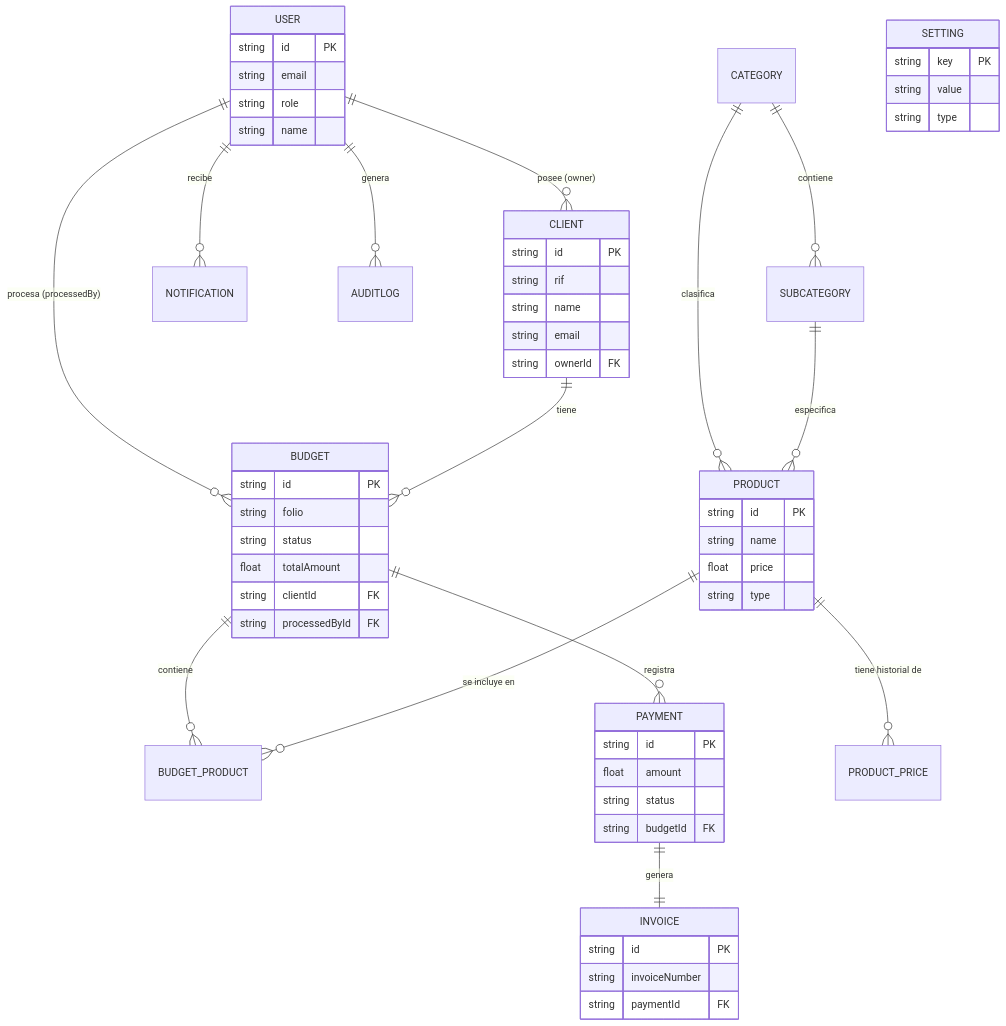
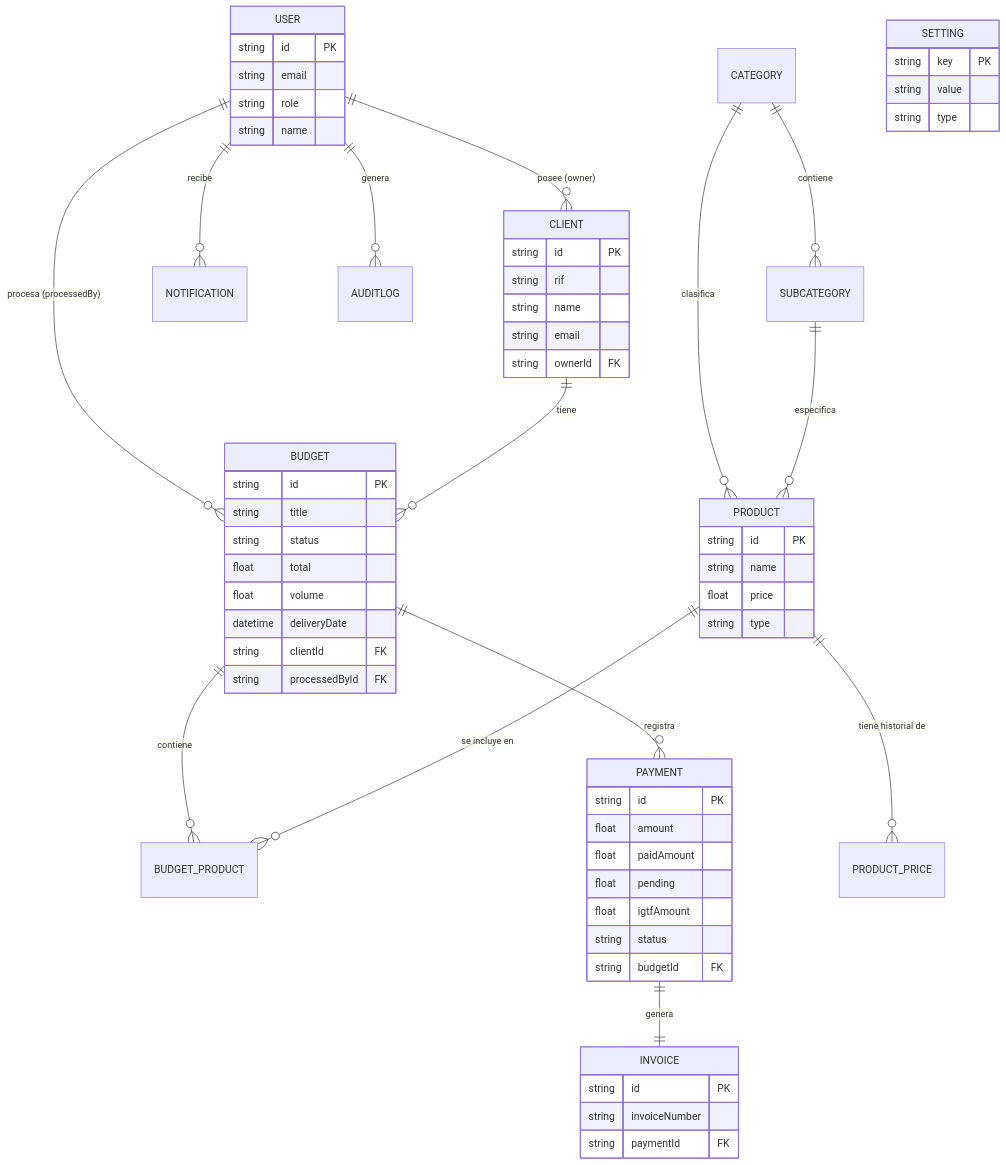
One commit to Orly51869/ProyectoPremezcladosManzanillo changed the diagram in PremezcladosManzanillo/docs/ER_Diagram.md. Above: the diagram before and after it, drawn with Mermaid. The commit also changed 2 other files, not shown here.

Commit message:
docs: añadir guía de usuario, guía de desarrollador y diagrama ER.

````diff
--- a/PremezcladosManzanillo/docs/ER_Diagram.md
+++ b/PremezcladosManzanillo/docs/ER_Diagram.md
@@ -7,65 +7,70 @@
 ```mermaid
 erDiagram
     USER ||--o{ CLIENT : "posee (owner)"
     USER ||--o{ BUDGET : "procesa (processedBy)"
     USER ||--o{ NOTIFICATION : "recibe"
     USER ||--o{ AUDITLOG : "genera"
     
     CLIENT ||--o{ BUDGET : "tiene"
     
     BUDGET ||--o{ BUDGET_PRODUCT : "contiene"
     BUDGET ||--o{ PAYMENT : "registra"
     
     PAYMENT ||--|| INVOICE : "genera"
     
     PRODUCT ||--o{ BUDGET_PRODUCT : "se incluye en"
     PRODUCT ||--o{ PRODUCT_PRICE : "tiene historial de"
     
     CATEGORY ||--o{ PRODUCT : "clasifica"
     CATEGORY ||--o{ SUBCATEGORY : "contiene"
     SUBCATEGORY ||--o{ PRODUCT : "especifica"
 
     USER {
         string id PK
         string email
         string role
         string name
     }
     CLIENT {
         string id PK
         string rif
         string name
         string email
         string ownerId FK
     }
     BUDGET {
         string id PK
-        string folio
+        string title
         string status
-        float totalAmount
+        float total
+        float volume
+        datetime deliveryDate
         string clientId FK
         string processedById FK
     }
     PRODUCT {
         string id PK
         string name
         float price
         string type
     }
     PAYMENT {
         string id PK
         float amount
+        float paidAmount
+        float pending
+        float igtfAmount
         string status
         string budgetId FK
     }
     INVOICE {
         string id PK
         string invoiceNumber
         string paymentId FK
     }
     SETTING {
         string key PK
         string value
         string type
     }
 ```
````
